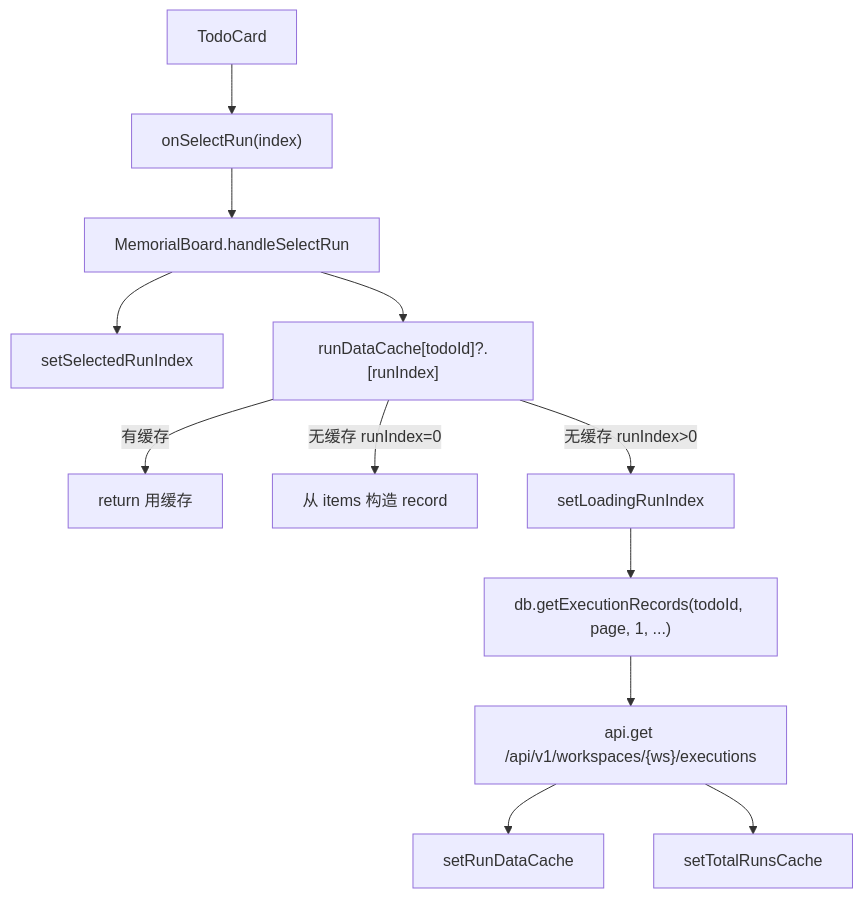
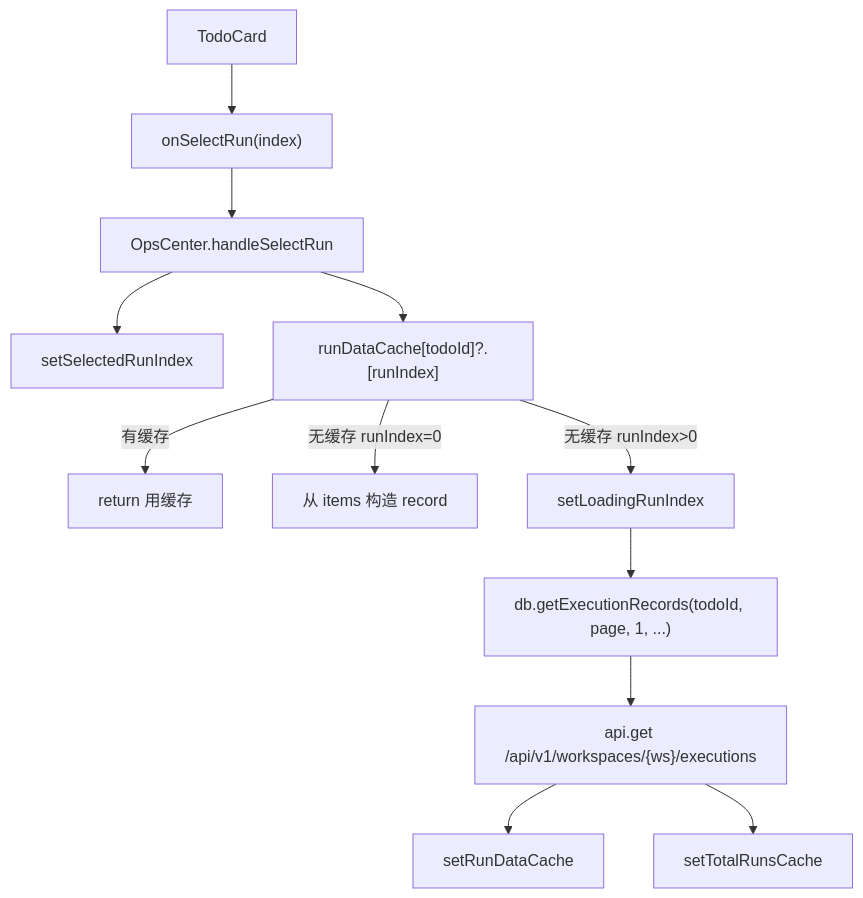
One commit to weibaohui/ntd changed the second of 4 diagrams in frontend/src/help/pages/board-run-history-switch.md. Above: the diagram before and after it, drawn with Mermaid. The commit also changed other lines of this file and 24 other files, not shown here.

First line of the commit message:
refactor(097): 看板视图归位事项菜单 + 独立看板改名运行中心

````diff
--- a/frontend/src/help/pages/board-run-history-switch.md
+++ b/frontend/src/help/pages/board-run-history-switch.md
@@ -28,14 +28,14 @@
 ```mermaid
 flowchart TD
   TodoCard --> onSelectRun["onSelectRun(index)"]
-  onSelectRun --> handleSelectRun["MemorialBoard.handleSelectRun"]
+  onSelectRun --> handleSelectRun["OpsCenter.handleSelectRun"]
   handleSelectRun --> setSelectedRunIndex["setSelectedRunIndex"]
   handleSelectRun --> cacheCheck["runDataCache[todoId]?.[runIndex]"]
   cacheCheck -->|有缓存| skip["return 用缓存"]
   cacheCheck -->|无缓存 runIndex=0| fromItem["从 items 构造 record"]
   cacheCheck -->|无缓存 runIndex>0| setLoadingRunIndex["setLoadingRunIndex"]
   setLoadingRunIndex --> db_get["db.getExecutionRecords(todoId, page, 1, ...)"]
   db_get --> api_get["api.get /api/v1/workspaces/{ws}/executions"]
   api_get --> setRunDataCache["setRunDataCache"]
   api_get --> setTotalRunsCache["setTotalRunsCache"]
 ```
````
